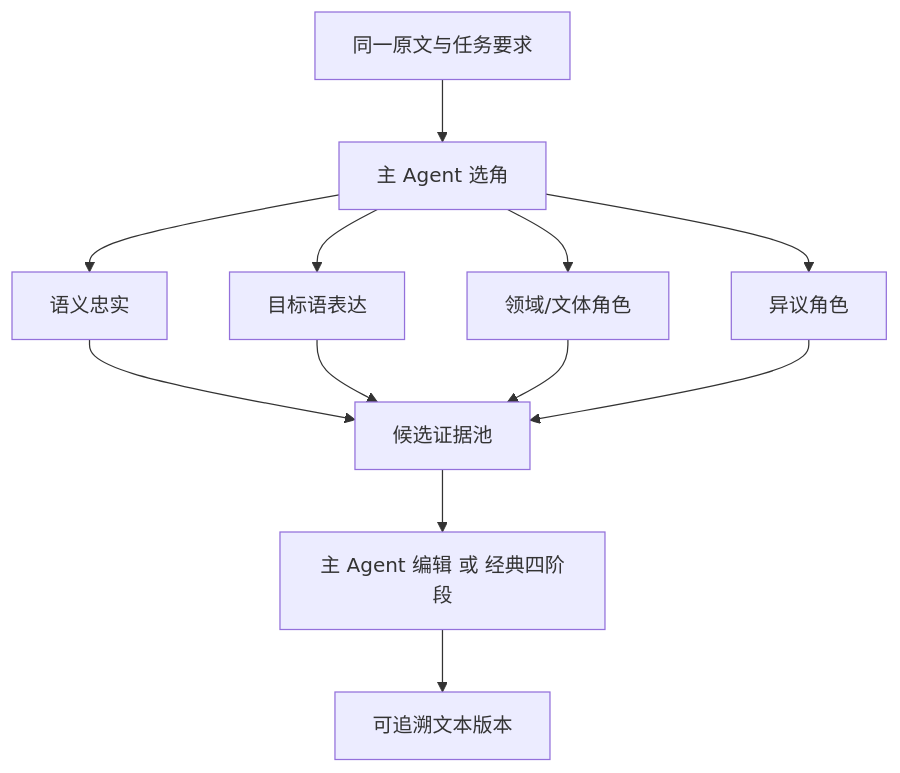
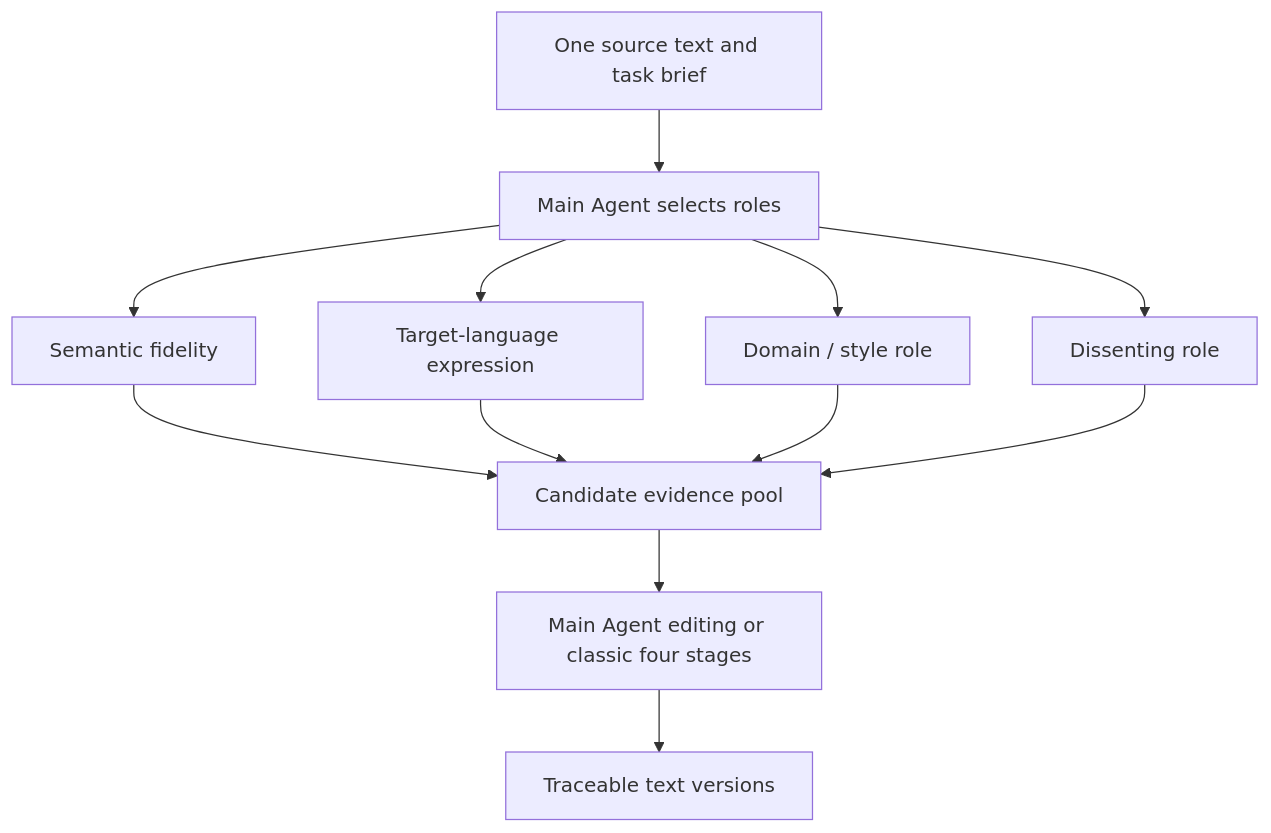
One commit to SkylerZhu016/Agentic-Translating changed the diagram in docs/agent-architecture.en.md. Above: the diagram before and after it, drawn with Mermaid. The commit also changed other lines of this file and 13 other files, not shown here.

````diff
--- a/docs/agent-architecture.en.md
+++ b/docs/agent-architecture.en.md
@@ -7,14 +7,14 @@
 ```mermaid
 flowchart TD
-  S["同一原文与任务要求"] --> M["主 Agent 选角"]
-  M --> A["语义忠实"]
-  M --> B["目标语表达"]
-  M --> C["领域/文体角色"]
-  M --> D["异议角色"]
-  A --> E["候选证据池"]
+  S["One source text and task brief"] --> M["Main Agent selects roles"]
+  M --> A["Semantic fidelity"]
+  M --> B["Target-language expression"]
+  M --> C["Domain / style role"]
+  M --> D["Dissenting role"]
+  A --> E["Candidate evidence pool"]
   B --> E
   C --> E
   D --> E
-  E --> F["主 Agent 编辑 或 经典四阶段"]
-  F --> V["可追溯文本版本"]
+  E --> F["Main Agent editing or classic four stages"]
+  F --> V["Traceable text versions"]
 ```
````
